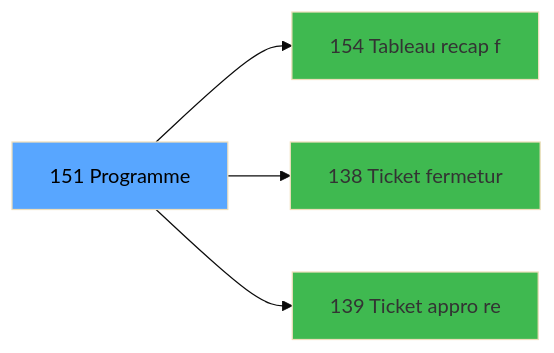
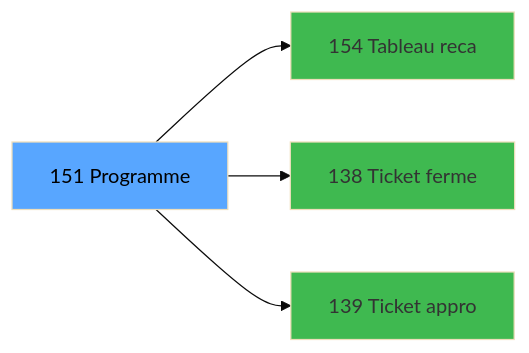
The third of 3 diagrams in .openspec/specs/ADH-IDE-151.md (thonyAGP/magic-migration), drawn with Mermaid (base theme) before and after one commit. The commit also changed other lines of this file and 323 other files, not shown here.

````diff
--- a/.openspec/specs/ADH-IDE-151.md
+++ b/.openspec/specs/ADH-IDE-151.md
@@ -116,14 +140,14 @@
 ```mermaid
 graph LR
     T[151 Programme]
-    C154[154 Tableau recap f]
+    C154[154 Tableau reca]
     T --> C154
-    C138[138 Ticket fermetur]
+    C138[138 Ticket ferme]
     T --> C138
-    C139[139 Ticket appro re]
+    C139[139 Ticket appro]
     T --> C139
     style T fill:#58a6ff,color:#000
     style C154 fill:#3fb950
     style C138 fill:#3fb950
     style C139 fill:#3fb950
 ```
````
